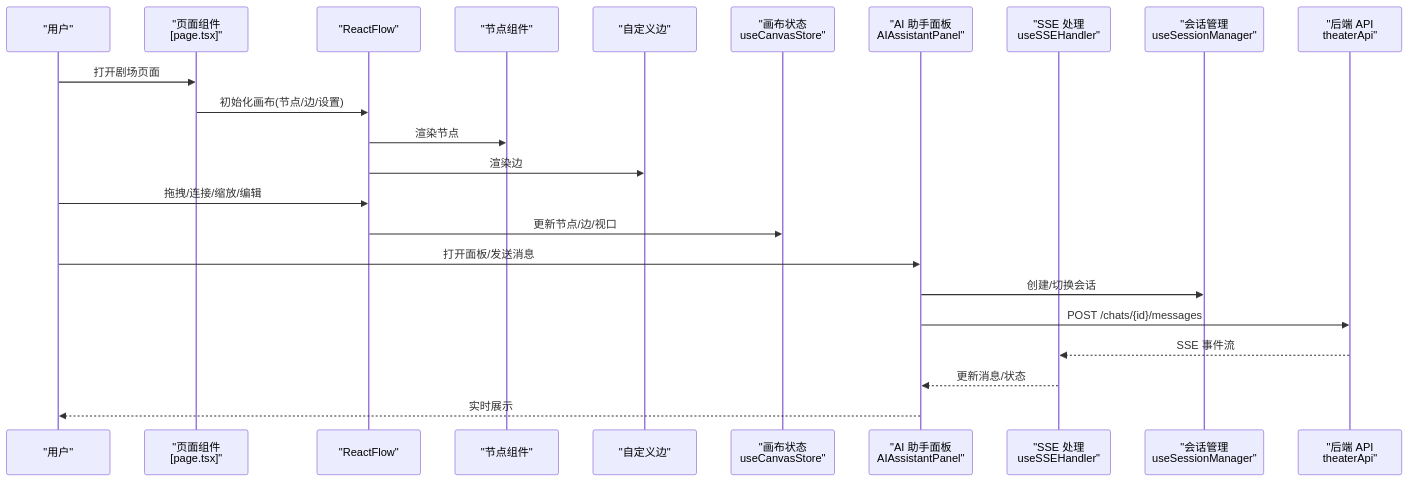
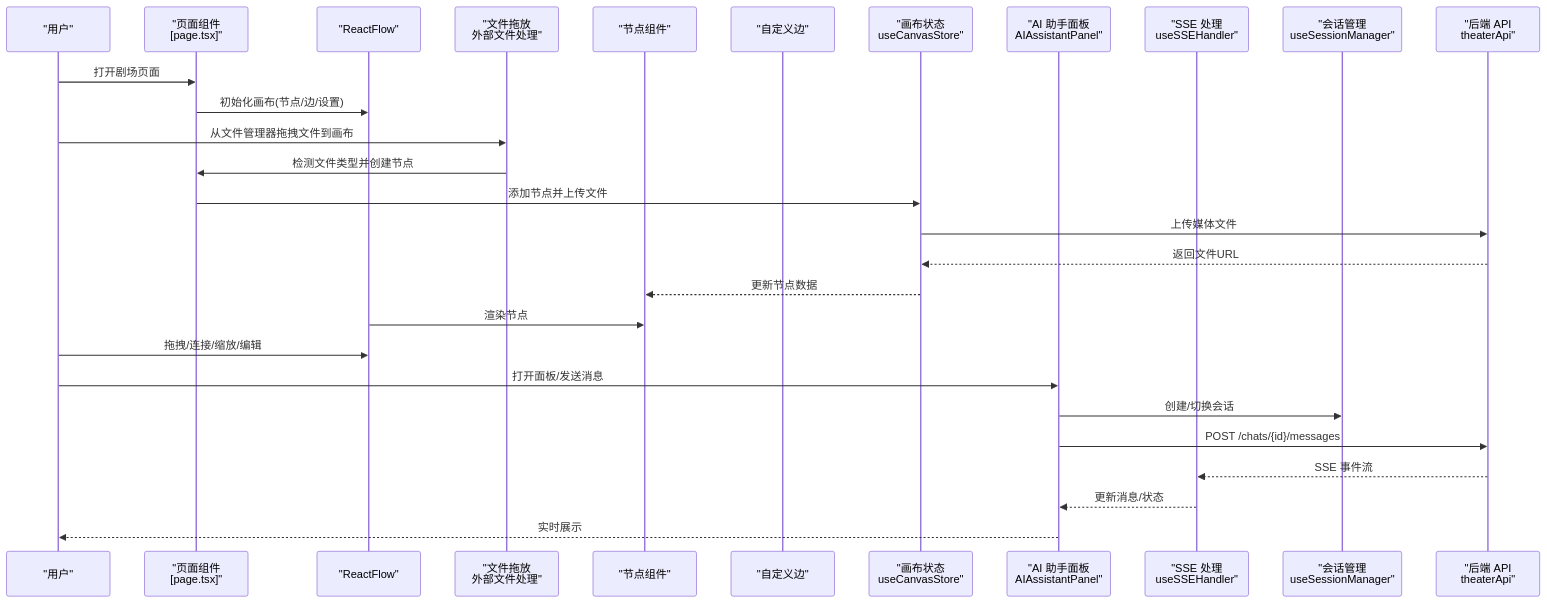
The second of 9 diagrams in .qoder/repowiki/zh/content/前端应用架构/剧场画布编辑器/画布核心组件.md (KunLabAI/KunFlix), drawn with Mermaid before and after one commit. The commit also changed other lines of this file and 9 other files, not shown here.

````diff
--- a/.qoder/repowiki/zh/content/前端应用架构/剧场画布编辑器/画布核心组件.md
+++ b/.qoder/repowiki/zh/content/前端应用架构/剧场画布编辑器/画布核心组件.md
@@ -119,25 +133,30 @@
 ```mermaid
 sequenceDiagram
 participant U as "用户"
 participant P as "页面组件<br/>[page.tsx]"
 participant RF as "ReactFlow"
+participant FD as "文件拖放<br/>外部文件处理"
 participant N as "节点组件"
 participant E as "自定义边"
 participant CS as "画布状态<br/>useCanvasStore"
 participant AI as "AI 助手面板<br/>AIAssistantPanel"
 participant SS as "SSE 处理<br/>useSSEHandler"
 participant SM as "会话管理<br/>useSessionManager"
 participant API as "后端 API<br/>theaterApi"
 U->>P : 打开剧场页面
 P->>RF : 初始化画布(节点/边/设置)
+U->>FD : 从文件管理器拖拽文件到画布
+FD->>P : 检测文件类型并创建节点
+P->>CS : 添加节点并上传文件
+CS->>API : 上传媒体文件
+API-->>CS : 返回文件URL
+CS-->>N : 更新节点数据
 RF->>N : 渲染节点
-RF->>E : 渲染边
 U->>RF : 拖拽/连接/缩放/编辑
-RF->>CS : 更新节点/边/视口
 U->>AI : 打开面板/发送消息
 AI->>SM : 创建/切换会话
 AI->>API : POST /chats/{id}/messages
 API-->>SS : SSE 事件流
 SS-->>AI : 更新消息/状态
 AI-->>U : 实时展示
 ```
````
